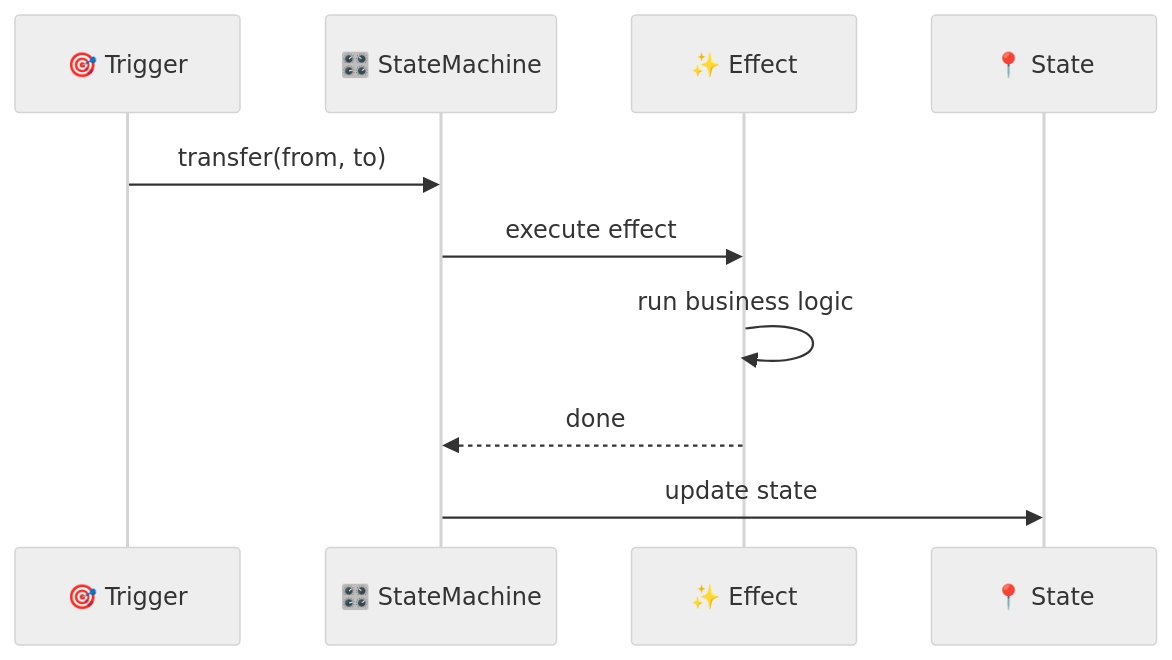
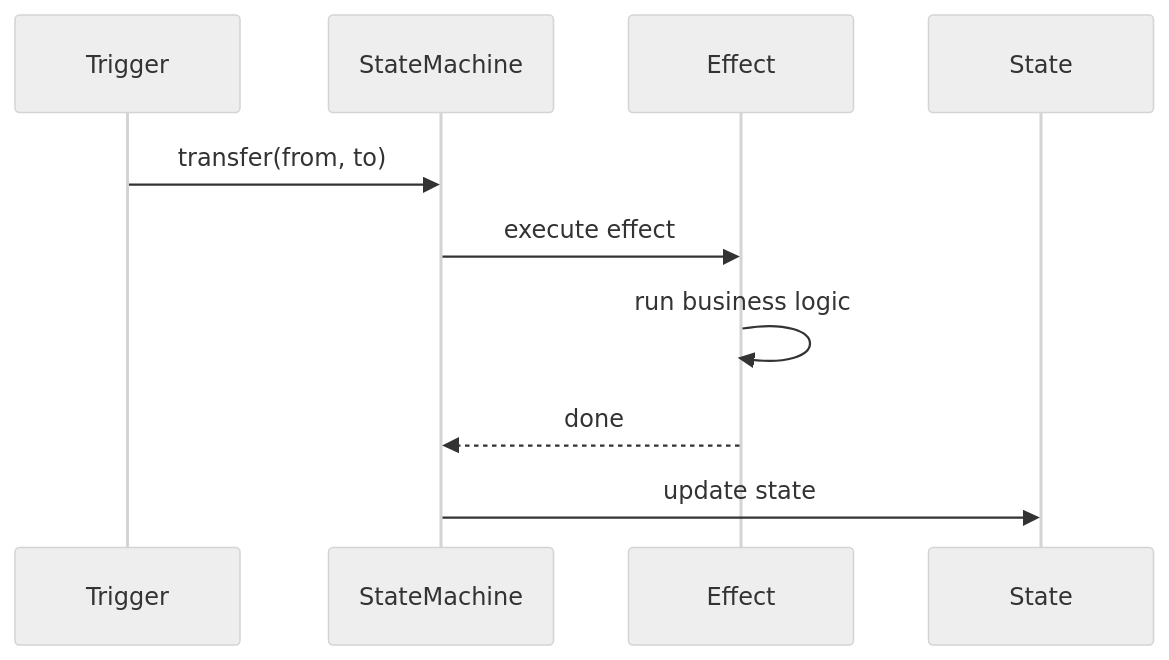
The second of 7 diagrams in docs/zh/core/statemachine.md (YearsAlso/zoo-framework-doc), drawn with Mermaid (neutral theme) before and after one commit. The commit also changed other lines of this file and 24 other files, not shown here.

First line of the commit message:
docs(site): 站点正式化与内容严肃化，附 bench 报告截图

````diff
--- a/docs/zh/core/statemachine.md
+++ b/docs/zh/core/statemachine.md
@@ -98,13 +98,13 @@
 ```mermaid
 sequenceDiagram
-    participant T as 🎯 Trigger
-    participant SM as 🎛️ StateMachine
-    participant E as ✨ Effect
-    participant S as 📍 State
+    participant T as  Trigger
+    participant SM as  StateMachine
+    participant E as  Effect
+    participant S as  State
     
     T->>SM: transfer(from, to)
     SM->>E: execute effect
     E->>E: run business logic
     E-->>SM: done
     SM->>S: update state
 ```
````
